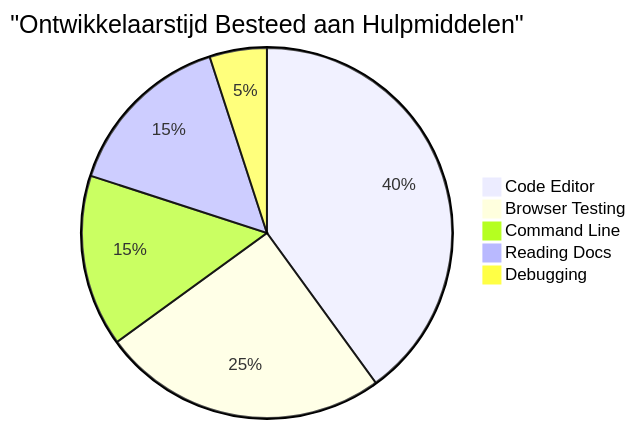
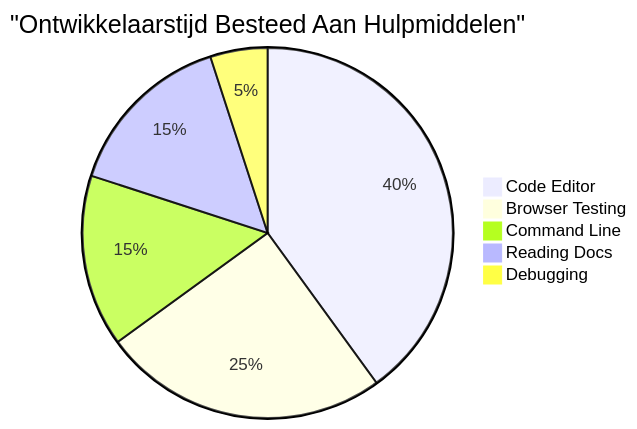
Before and after one commit to microsoft/Web-Dev-For-Beginners: the sixth of 7 diagrams in translations/nl/1-getting-started-lessons/1-intro-to-programming-languages/README.md, drawn with Mermaid. The commit also changed other lines of this file and 8 other files, not shown here.

````diff
--- a/translations/nl/1-getting-started-lessons/1-intro-to-programming-languages/README.md
+++ b/translations/nl/1-getting-started-lessons/1-intro-to-programming-languages/README.md
@@ -713,8 +713,8 @@
 ```mermaid
-pie title "Ontwikkelaarstijd Besteed aan Hulpmiddelen"
+pie title "Ontwikkelaarstijd Besteed Aan Hulpmiddelen"
     "Code Editor" : 40
     "Browser Testing" : 25
     "Command Line" : 15
     "Reading Docs" : 15
     "Debugging" : 5
-```
+```  
````
